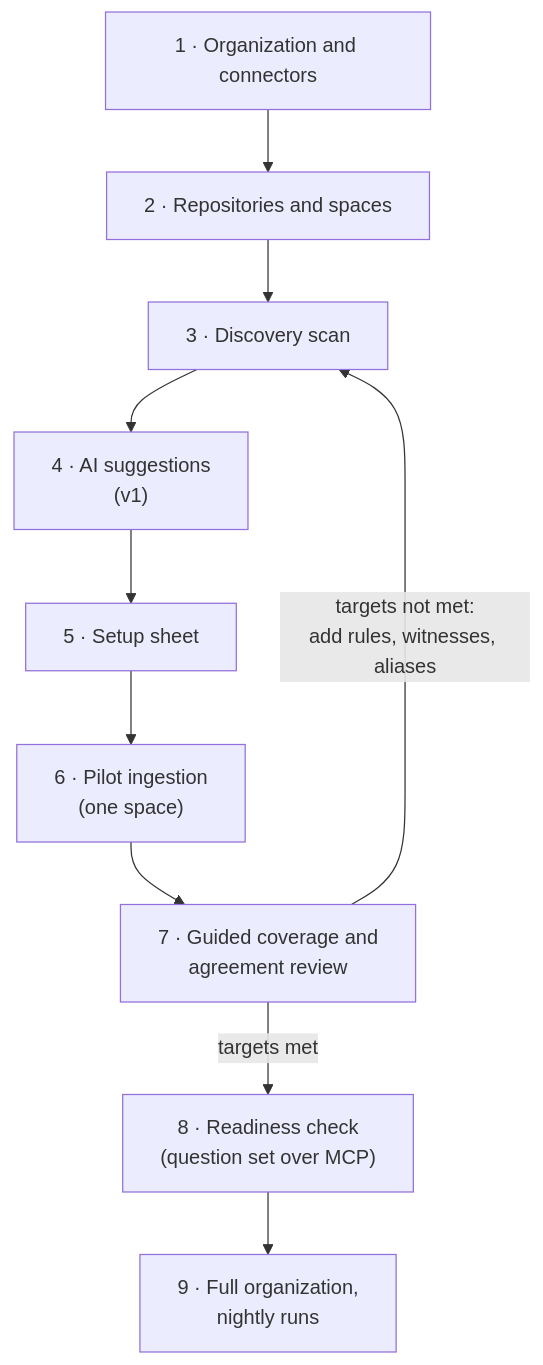
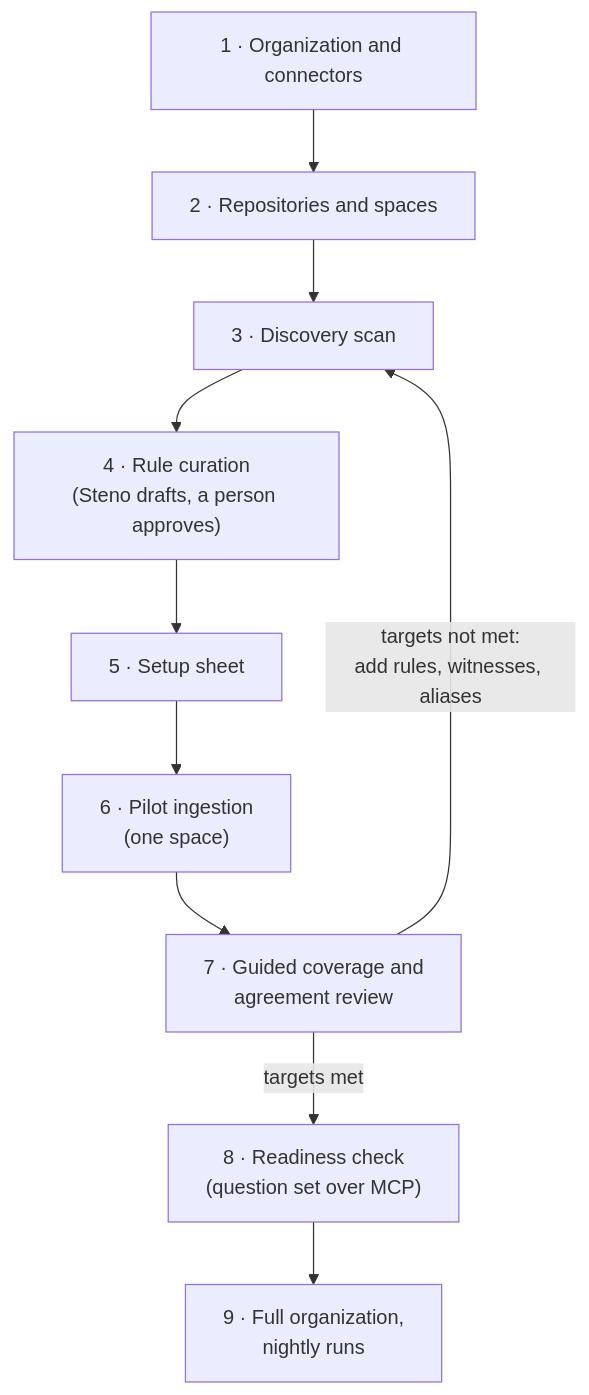
One commit to KBavis/steno changed the diagram in docs/plan/onboarding.md. Above: the diagram before and after it, drawn with Mermaid. The commit also changed other lines of this file and 24 other files, not shown here.

````diff
--- a/docs/plan/onboarding.md
+++ b/docs/plan/onboarding.md
@@ -11,12 +11,12 @@
 ```mermaid
 flowchart TD
     S1["1 · Organization and connectors"] --> S2["2 · Repositories and spaces"]
     S2 --> S3["3 · Discovery scan"]
-    S3 --> S4["4 · AI suggestions<br/>(v1)"]
+    S3 --> S4["4 · Rule curation<br/>(Steno drafts, a person approves)"]
     S4 --> S5["5 · Setup sheet"]
     S5 --> S6["6 · Pilot ingestion<br/>(one space)"]
     S6 --> S7["7 · Guided coverage and<br/>agreement review"]
     S7 -- "targets not met:<br/>add rules, witnesses, aliases" --> S3
     S7 -- "targets met" --> S8["8 · Readiness check<br/>(question set over MCP)"]
     S8 --> S9["9 · Full organization,<br/>nightly runs"]
 ```
````
